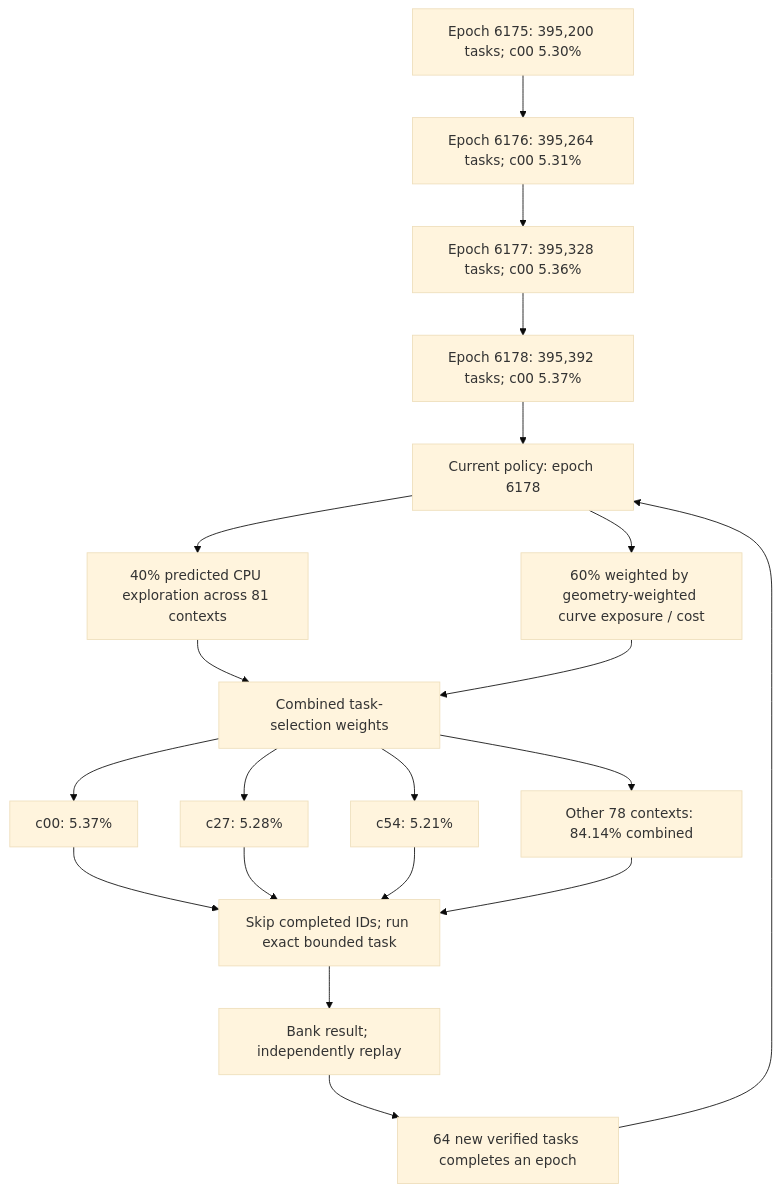
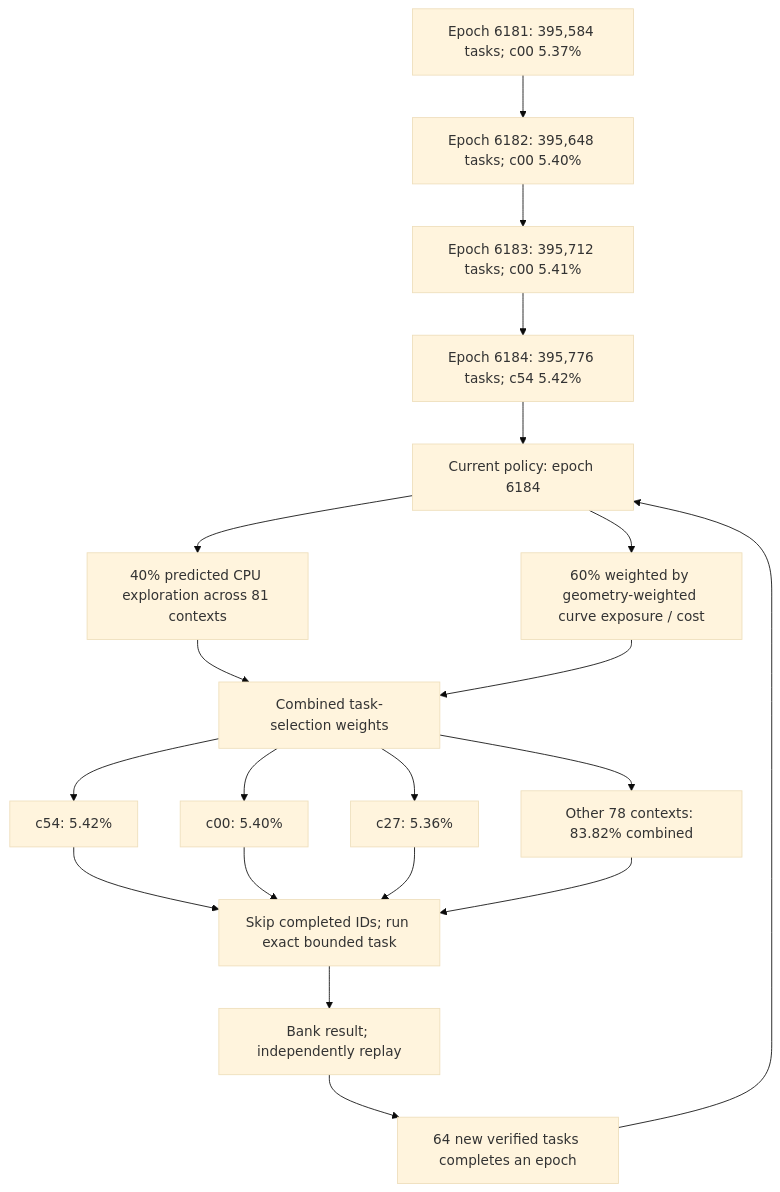
One commit to Kuberwastaken/math-gambling changed the first of 4 diagrams in README.md. Above: the diagram before and after it, drawn with Mermaid (base theme). The commit also changed other lines of this file and 949 other files, not shown here.

````diff
--- a/README.md
+++ b/README.md
@@ -60,27 +60,27 @@
 ```mermaid
 flowchart TD
-    H0["Epoch 6175: 395,200 tasks; c00 5.30%"]
-    H1["Epoch 6176: 395,264 tasks; c00 5.31%"]
+    H0["Epoch 6181: 395,584 tasks; c00 5.37%"]
+    H1["Epoch 6182: 395,648 tasks; c00 5.40%"]
     H0 --> H1
-    H2["Epoch 6177: 395,328 tasks; c00 5.36%"]
+    H2["Epoch 6183: 395,712 tasks; c00 5.41%"]
     H1 --> H2
-    H3["Epoch 6178: 395,392 tasks; c00 5.37%"]
+    H3["Epoch 6184: 395,776 tasks; c54 5.42%"]
     H2 --> H3
-    Policy["Current policy: epoch 6178"]
+    Policy["Current policy: epoch 6184"]
     H3 --> Policy
     Policy --> Explore["40% predicted CPU exploration across 81 contexts"]
     Policy --> Cost["60% weighted by geometry-weighted curve exposure / cost"]
     Explore --> Mix["Combined task-selection weights"]
     Cost --> Mix
-    Mix --> C0["c00: 5.37%"]
-    Mix --> C1["c27: 5.28%"]
-    Mix --> C2["c54: 5.21%"]
-    Mix --> Rest["Other 78 contexts: 84.14% combined"]
+    Mix --> C0["c54: 5.42%"]
+    Mix --> C1["c00: 5.40%"]
+    Mix --> C2["c27: 5.36%"]
+    Mix --> Rest["Other 78 contexts: 83.82% combined"]
     C0 --> Check["Skip completed IDs; run exact bounded task"]
     C1 --> Check
     C2 --> Check
     Rest --> Check
     Check --> Replay["Bank result; independently replay"]
     Replay --> Gate["64 new verified tasks completes an epoch"]
     Gate --> Policy
 ```
````
